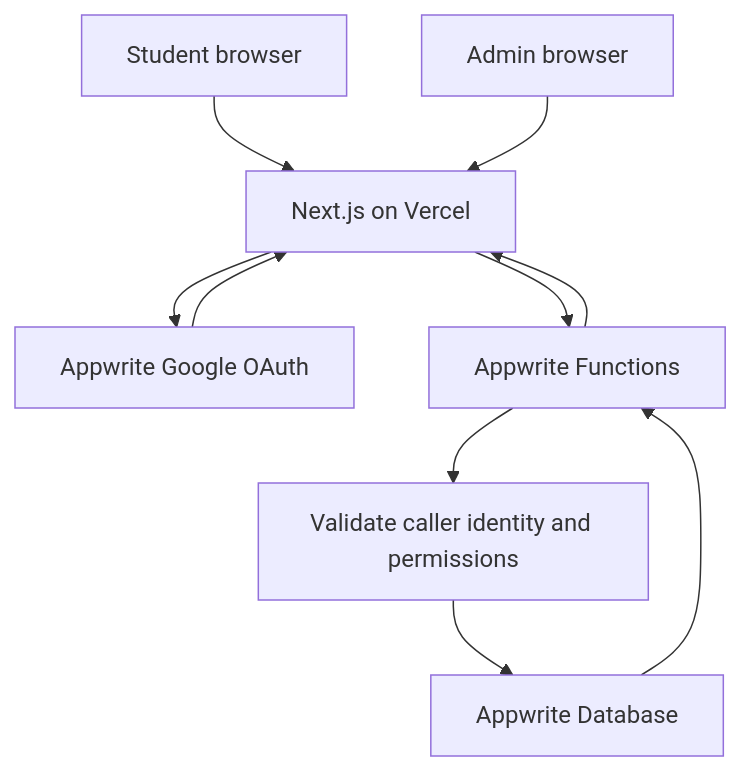
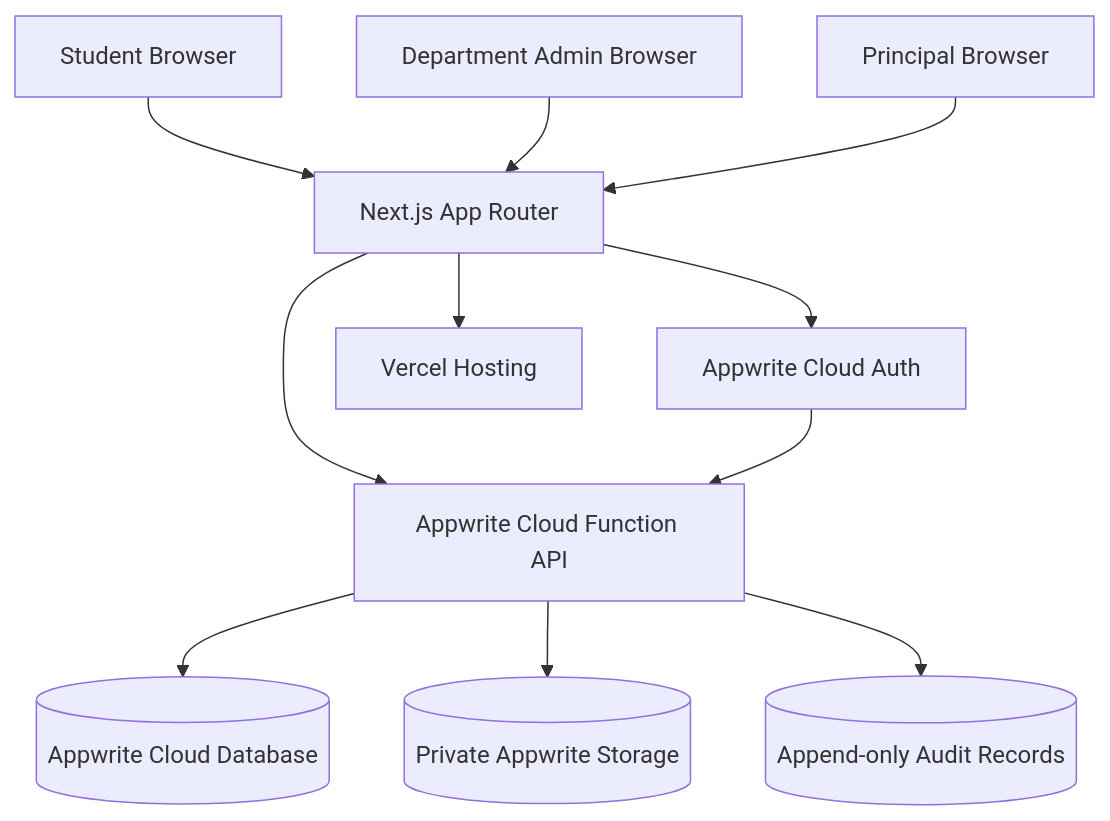
One commit to adityamalaviya/student-complain-portal changed the diagram in docs/architecture.md. Above: the diagram before and after it, drawn with Mermaid. The commit also changed other lines of this file and 57 other files, not shown here.

````diff
--- a/docs/architecture.md
+++ b/docs/architecture.md
@@ -14,12 +67,13 @@
 ```mermaid
 flowchart TD
-    Student[Student browser] --> Web[Next.js on Vercel]
-    Admin[Admin browser] --> Web
-    Web --> Auth[Appwrite Google OAuth]
-    Auth --> Web
-    Web --> Fn[Appwrite Functions]
-    Fn --> Verify[Validate caller identity and permissions]
-    Verify --> DB[Appwrite Database]
-    DB --> Fn
-    Fn --> Web
+  Student[Student Browser] --> Next[Next.js App Router]
+  Admin[Department Admin Browser] --> Next
+  Principal[Principal Browser] --> Next
+  Next --> Auth[Appwrite Cloud Auth]
+  Next --> Fn[Appwrite Cloud Function API]
+  Fn --> DB[(Appwrite Cloud Database)]
+  Fn --> Storage[(Private Appwrite Storage)]
+  Fn --> Audit[(Append-only Audit Records)]
+  Auth --> Fn
+  Next --> Vercel[Vercel Hosting]
 ```
````
